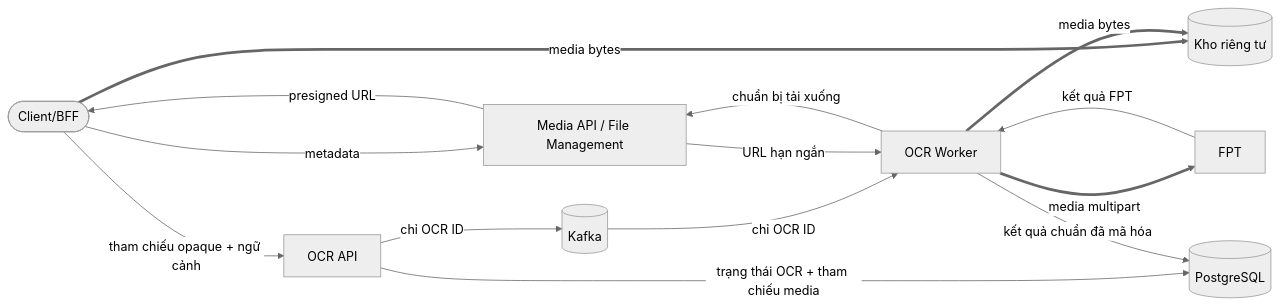
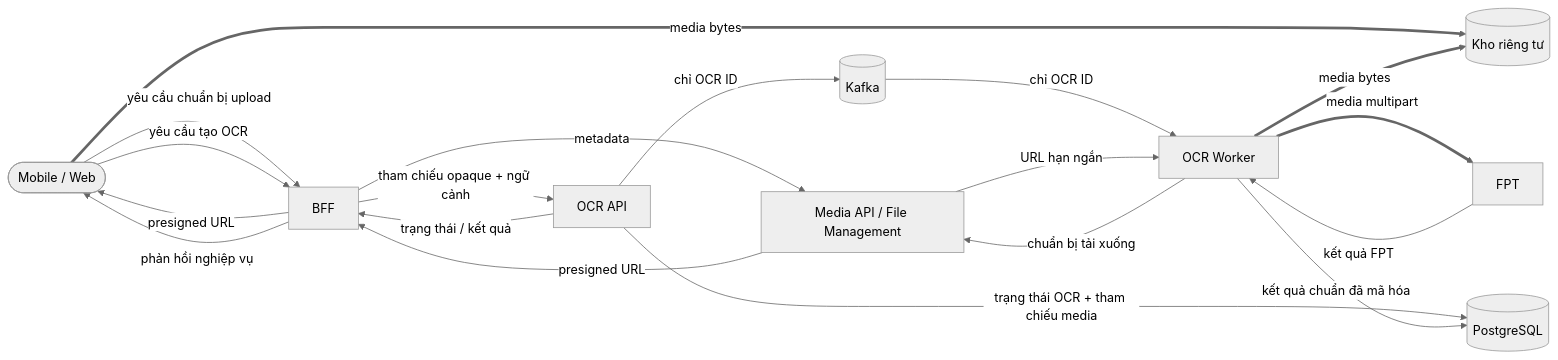
Before and after one commit to huynv-xyz/vhm: the sixth of 12 diagrams in tdd-ocr-ekyc.md, drawn with Mermaid (neutral theme). The commit also changed other lines of this file, not shown here.

````diff
--- a/tdd-ocr-ekyc.md
+++ b/tdd-ocr-ekyc.md
@@ -763,25 +767,31 @@
 ```mermaid
 flowchart LR
-    CLIENT([Client/BFF])
+    CHANNEL([Mobile / Web])
+    BFF[BFF]
     MEDIA[Media API / File Management]
     STORAGE[(Kho riêng tư)]
     API[OCR API]
     DB[(PostgreSQL)]
     KAFKA[(Kafka)]
     WORKER[OCR Worker]
     PROVIDER[FPT]
 
-    CLIENT -->|metadata| MEDIA
-    MEDIA -->|presigned URL| CLIENT
-    CLIENT ==>|media bytes| STORAGE
-    CLIENT -->|tham chiếu opaque + ngữ cảnh| API
+    CHANNEL -->|yêu cầu chuẩn bị upload| BFF
+    BFF -->|metadata| MEDIA
+    MEDIA -->|presigned URL| BFF
+    BFF -->|presigned URL| CHANNEL
+    CHANNEL ==>|media bytes| STORAGE
+    CHANNEL -->|yêu cầu tạo OCR| BFF
+    BFF -->|tham chiếu opaque + ngữ cảnh| API
+    API -->|trạng thái / kết quả| BFF
+    BFF -->|phản hồi nghiệp vụ| CHANNEL
     API -->|trạng thái OCR + tham chiếu media| DB
     API -->|chỉ OCR ID| KAFKA
     KAFKA -->|chỉ OCR ID| WORKER
     WORKER -->|chuẩn bị tải xuống| MEDIA
     MEDIA -->|URL hạn ngắn| WORKER
     WORKER ==>|media bytes| STORAGE
     WORKER ==>|media multipart| PROVIDER
     PROVIDER -->|kết quả FPT| WORKER
     WORKER -->|kết quả chuẩn đã mã hóa| DB
 ```
````
